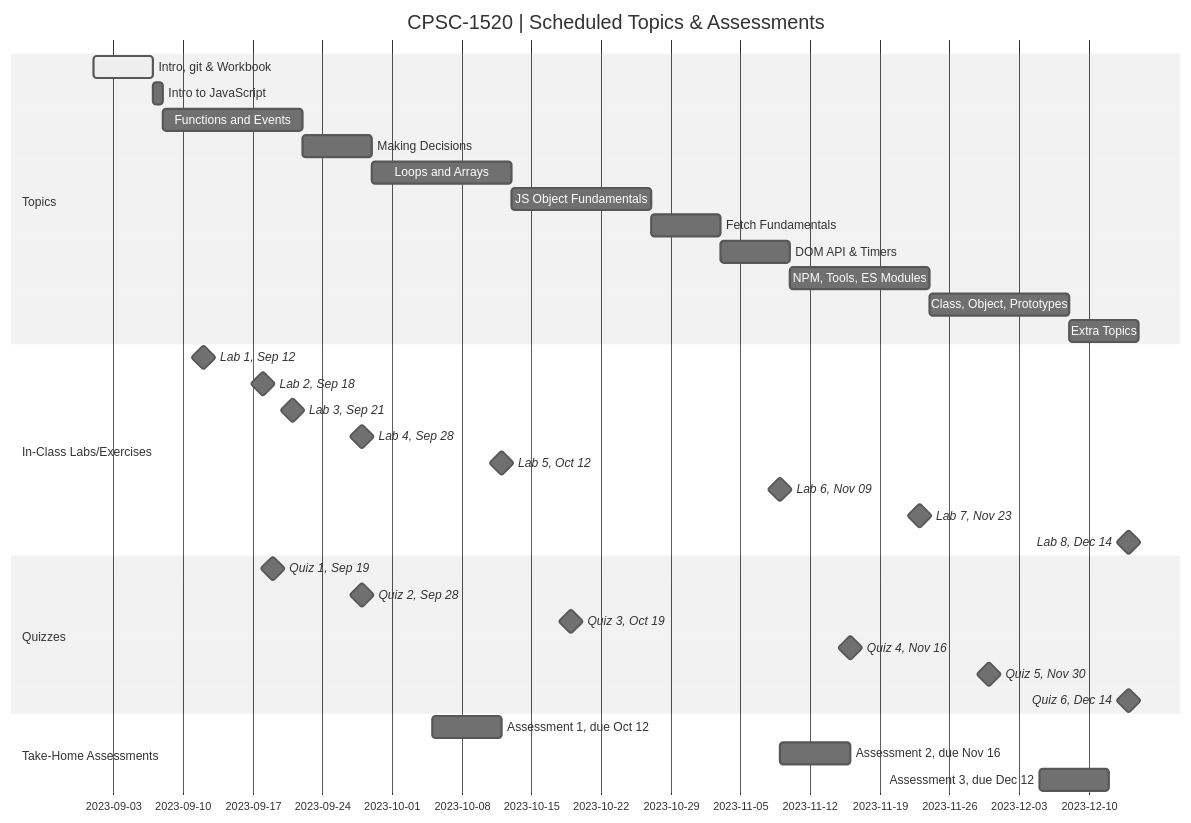
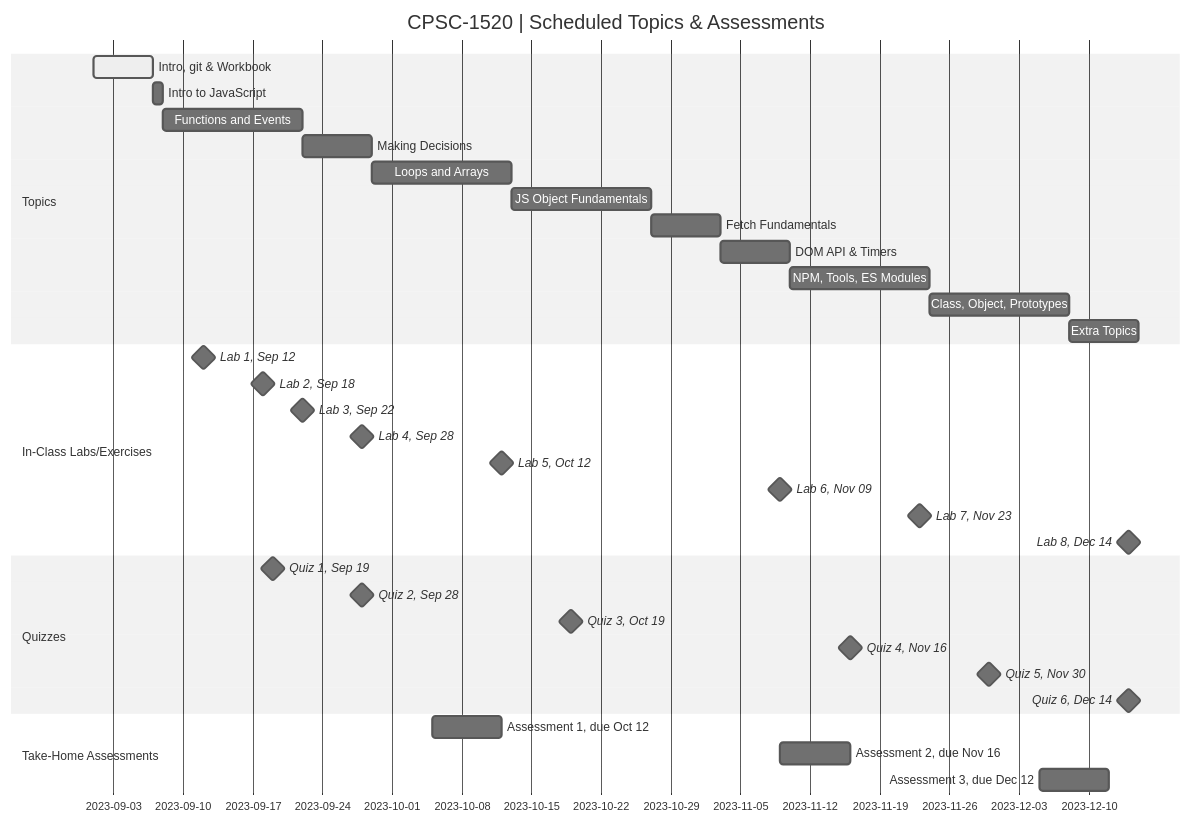
Before and after one commit to CPSC-1520/CPSC-1520-Workbook-A02-dgilleland: the diagram in ReadMe.md, drawn with Mermaid (neutral theme).

Commit message:
Bump Lab 3 by one day to Sep 22

````diff
--- a/ReadMe.md
+++ b/ReadMe.md
@@ -11,47 +11,47 @@
 ```mermaid
 gantt
     dateFormat  YYYY-MM-DD
     title       CPSC-1520 | Scheduled Topics & Assessments
     %% excludes    weekends
     %% (`excludes` accepts specific dates in YYYY-MM-DD format, days of the week ("sunday") or "weekends", but not the word "weekdays".)
 
     section Topics
     %% done - for finished tasks
     %% active - for current tasks
     %% crit - for red outline/background
     Intro, git & Workbook     :active,  part0, 2023-09-01, 2023-09-07
     Intro to JavaScript       :         part1, 2023-09-07, 1d
     Functions and Events      :         part2, after part1, 14d
     Making Decisions          :         part3, after part2, 7d
     Loops and Arrays          :         part4, after part3, 14d
     JS Object Fundamentals    :         part5, after part4, 14d
     Fetch Fundamentals        :         part6, after part5, 7d
     DOM API & Timers          :         part7, after part6, 7d
     NPM, Tools, ES Modules    :         part8, after part7, 14d
     Class, Object, Prototypes :         part9, after part8, 14d
     Extra Topics              :         end, after part9, 7d 
 
     section In-Class Labs/Exercises
     Lab 1, Sep 12  :     milestone, 2023-09-12, 0d
     Lab 2, Sep 18  :     milestone, 2023-09-18, 0d
-    Lab 3, Sep 21  :     milestone, 2023-09-21, 0d
+    Lab 3, Sep 22  :     milestone, 2023-09-22, 0d
     Lab 4, Sep 28  :     milestone, 2023-09-28, 0d
     Lab 5, Oct 12  :     milestone, 2023-10-12, 0d
     Lab 6, Nov 09  :     milestone, 2023-11-09, 0d
     Lab 7, Nov 23  :     milestone, 2023-11-23, 0d
     Lab 8, Dec 14  :     milestone, 2023-12-14, 0d
 
     section Quizzes
     Quiz 1, Sep 19 :  milestone, 2023-09-19, 0d
     Quiz 2, Sep 28 :  milestone, 2023-09-28, 0d
     Quiz 3, Oct 19 :  milestone, 2023-10-19, 0d
     Quiz 4, Nov 16 :  milestone, 2023-11-16, 0d
     Quiz 5, Nov 30 :  milestone, 2023-11-30, 0d
     Quiz 6, Dec 14 :  milestone, 2023-12-14, 0d
 
     section Take-Home Assessments
     Assessment 1, due Oct 12 : 2023-10-05, 2023-10-12
     Assessment 2, due Nov 16 : 2023-11-09, 2023-11-16
     Assessment 3, due Dec 12 : 2023-12-05, 2023-12-12
 
 ```
````
